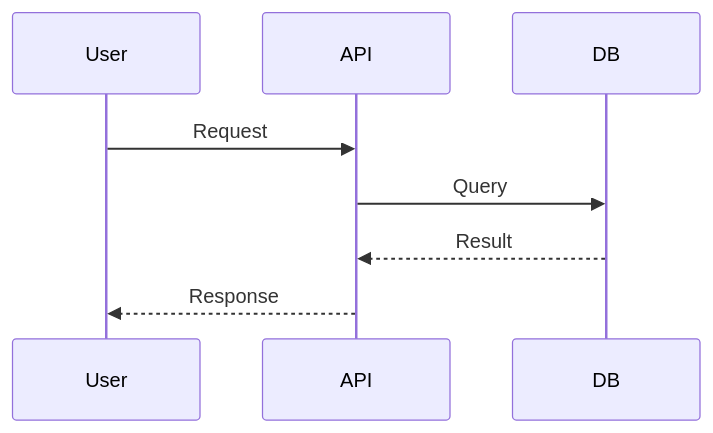
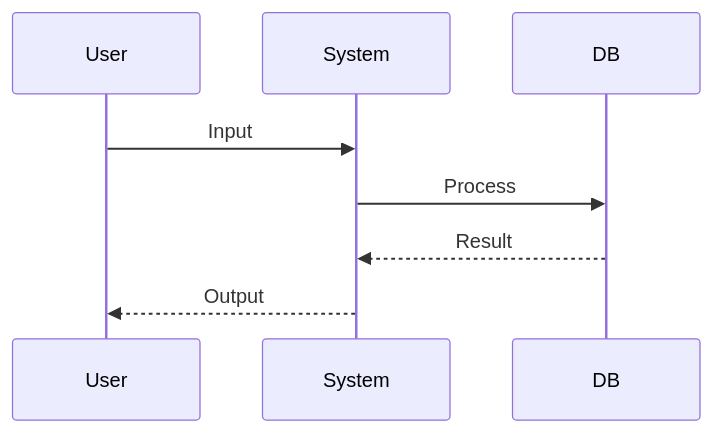
One commit to l2eady/agents-template changed the diagram in .antigravity/templates/rfc.md. Above: the diagram before and after it, drawn with Mermaid. The commit also changed other lines of this file and 20 other files, not shown here.

````diff
--- a/.antigravity/templates/rfc.md
+++ b/.antigravity/templates/rfc.md
@@ -21,10 +22,10 @@
 ```mermaid
 sequenceDiagram
     participant User
-    participant API
+    participant System
     participant DB
-    User->>API: Request
-    API->>DB: Query
-    DB-->>API: Result
-    API-->>User: Response
+    User->>System: Input
+    System->>DB: Process
+    DB-->>System: Result
+    System-->>User: Output
 ```
````
